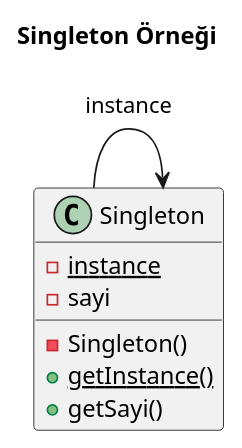
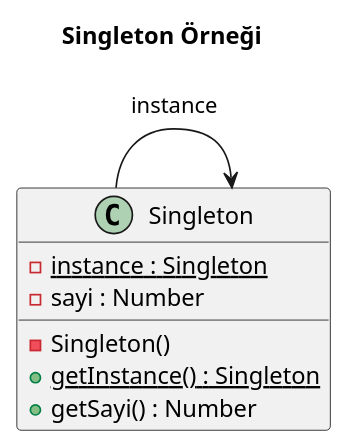
One commit to atagulalan/typescript-design-patterns changed the diagram in singleton/singleton.puml. Above: the diagram before and after it, drawn with PlantUML. The commit also changed 5 other files, not shown here.

Commit message:
Updated Factory & Singleton Diagrams

```diff
--- a/singleton/singleton.puml
+++ b/singleton/singleton.puml
@@ -1,16 +1,16 @@
 @startuml
 left to right direction
 
 title Singleton Örneği
 
 class Singleton {
-  -{static} instance
-  -sayi
+  -{static} instance : Singleton
+  -sayi : Number
   -Singleton()
-  +{static}getInstance()
-  +getSayi()
+  +{static}getInstance() : Singleton
+  +getSayi() : Number
 }
 
 Singleton --> Singleton : instance
 
 @enduml
```
